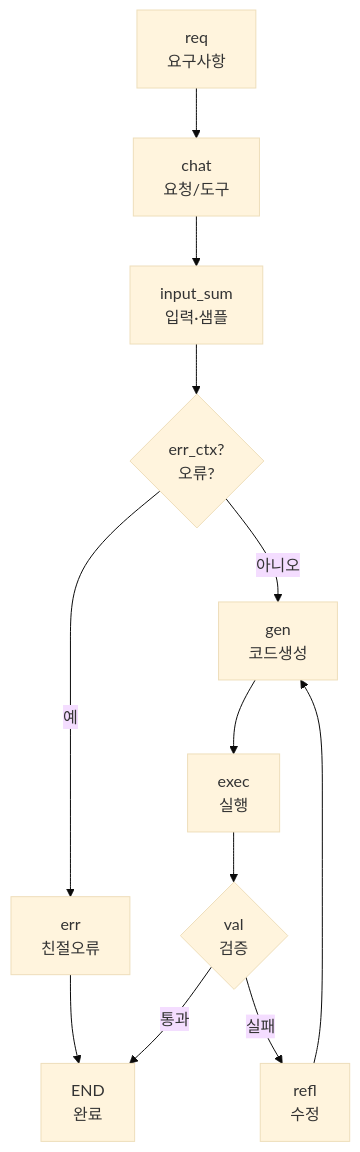
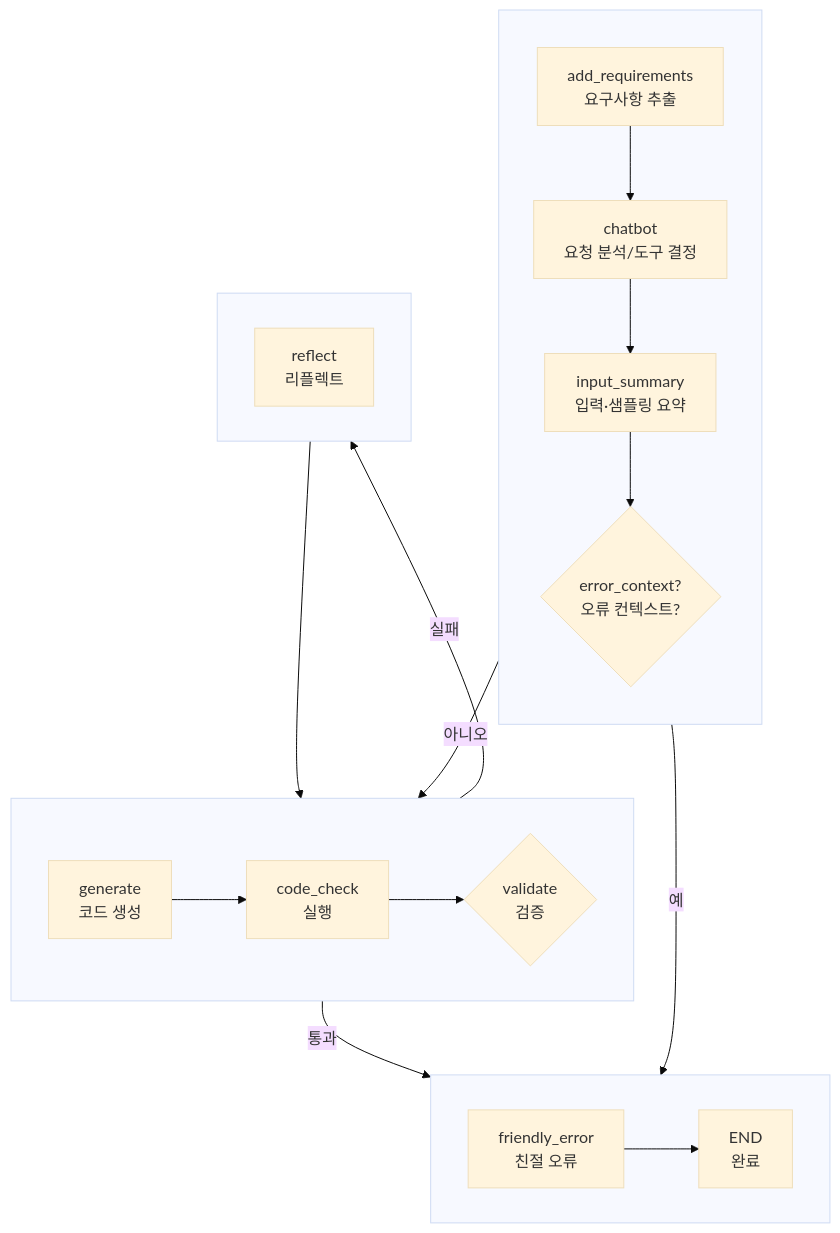
The second of 3 diagrams in README.md (sonsukwoo/Data_preprocessing_auto), drawn with Mermaid (base theme) before and after one commit. The commit also changed other lines of this file, not shown here.

Commit message:
read me 랭그래프 수정

````diff
--- a/README.md
+++ b/README.md
@@ -114,12 +114,27 @@
 ```mermaid
 flowchart TD
-  A[req<br/>요구사항] --> B[chat<br/>요청/도구]
-  B --> C[input_sum<br/>입력·샘플]
-  C --> D{err_ctx?<br/>오류?}
-  D -->|예| X[err<br/>친절오류] --> H[END<br/>완료]
-  D -->|아니오| E[gen<br/>코드생성]
-  E --> F[exec<br/>실행]
-  F --> G{val<br/>검증}
+  subgraph MAIN[" "]
+    direction TB
+    A[add_requirements<br/>요구사항 추출] --> B[chatbot<br/>요청 분석/도구 결정]
+    B --> C[input_summary<br/>입력·샘플링 요약]
+    C --> D{error_context?<br/>오류 컨텍스트?}
+  end
+
+  subgraph EXEC[" "]
+    direction LR
+    E[generate<br/>코드 생성] --> F[code_check<br/>실행] --> G{validate<br/>검증}
+  end
+
+  subgraph ERR[" "]
+    direction LR
+    D -->|예| X[friendly_error<br/>친절 오류] --> H[END<br/>완료]
+  end
+
+  subgraph FIX[" "]
+    direction LR
+    G -->|실패| R[reflect<br/>리플렉트] --> E
+  end
+
+  D -->|아니오| E
   G -->|통과| H
-  G -->|실패| R[refl<br/>수정] --> E
 ```
````
